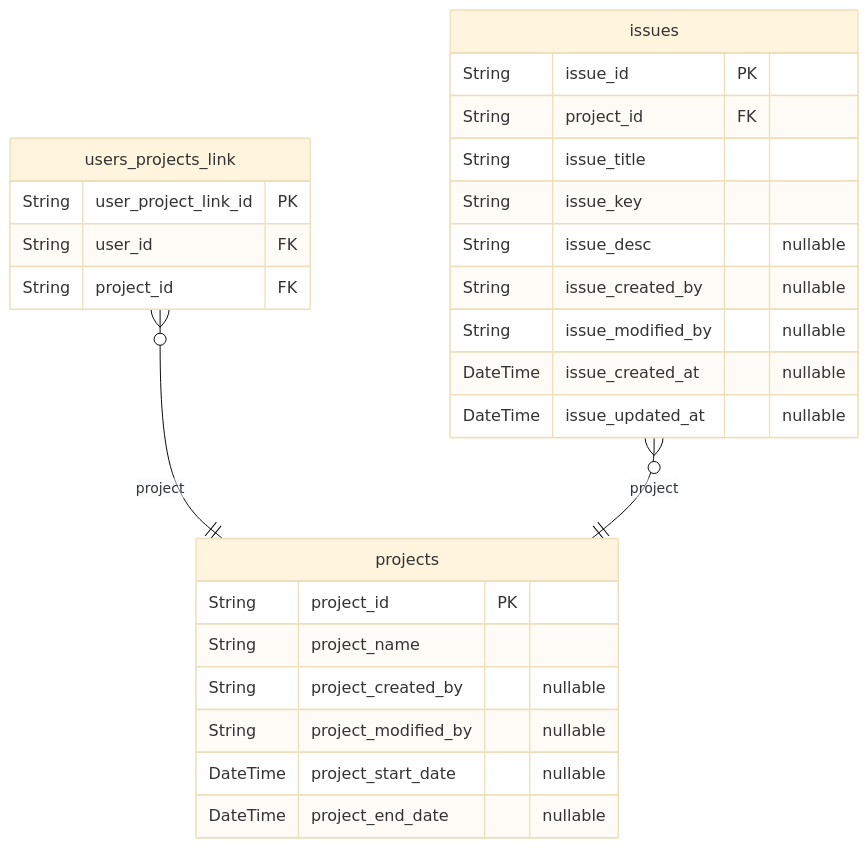
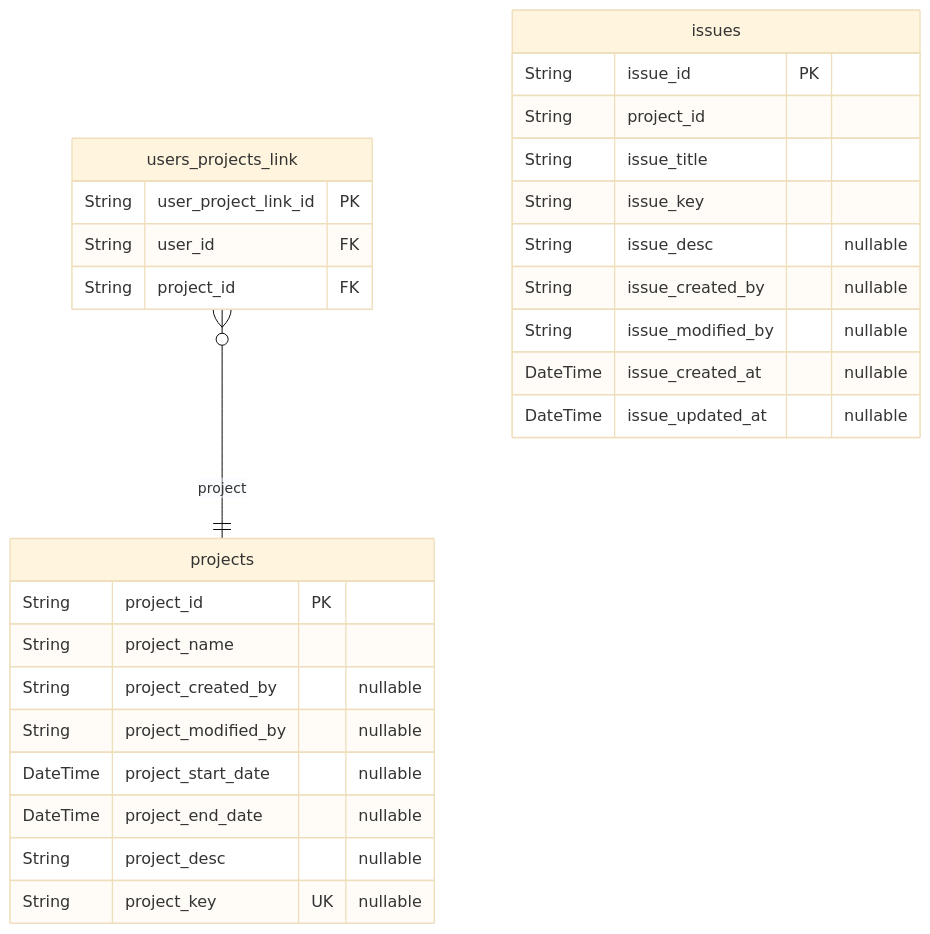
One commit to jujoycode/hydra changed the second of 3 diagrams in docs/table-erd.md. Above: the diagram before and after it, drawn with Mermaid (base theme). The commit also changed other lines of this file and 69 other files, not shown here.

````diff
--- a/docs/table-erd.md
+++ b/docs/table-erd.md
@@ -72,29 +72,30 @@
 ```mermaid
 erDiagram
 "projects" {
   String project_id PK
   String project_name
   String project_created_by "nullable"
   String project_modified_by "nullable"
   DateTime project_start_date "nullable"
   DateTime project_end_date "nullable"
+  String project_desc "nullable"
+  String project_key UK "nullable"
 }
 "users_projects_link" {
   String user_project_link_id PK
   String user_id FK
   String project_id FK
 }
 "issues" {
   String issue_id PK
-  String project_id FK
+  String project_id
   String issue_title
   String issue_key
   String issue_desc "nullable"
   String issue_created_by "nullable"
   String issue_modified_by "nullable"
   DateTime issue_created_at "nullable"
   DateTime issue_updated_at "nullable"
 }
 "users_projects_link" }o--|| "projects" : project
-"issues" }o--|| "projects" : project
 ```
````
